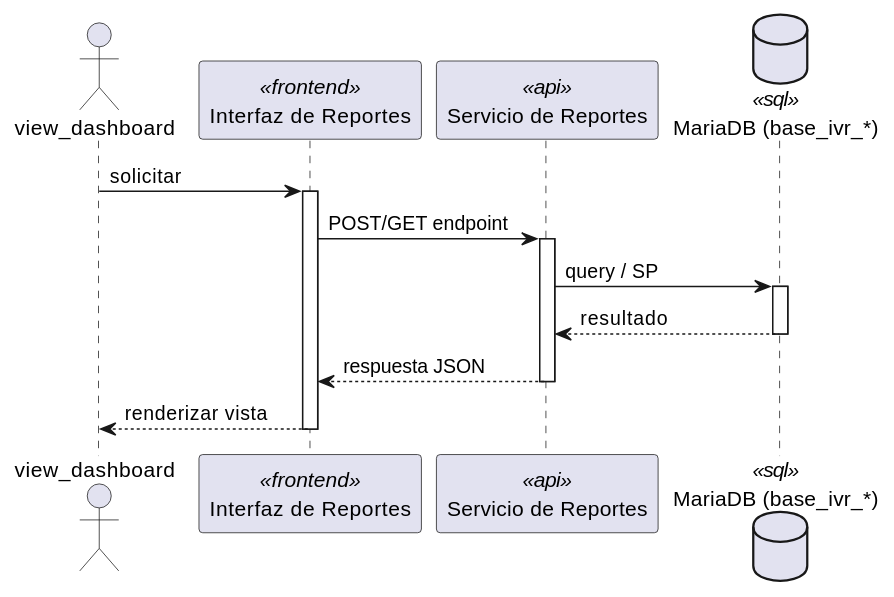
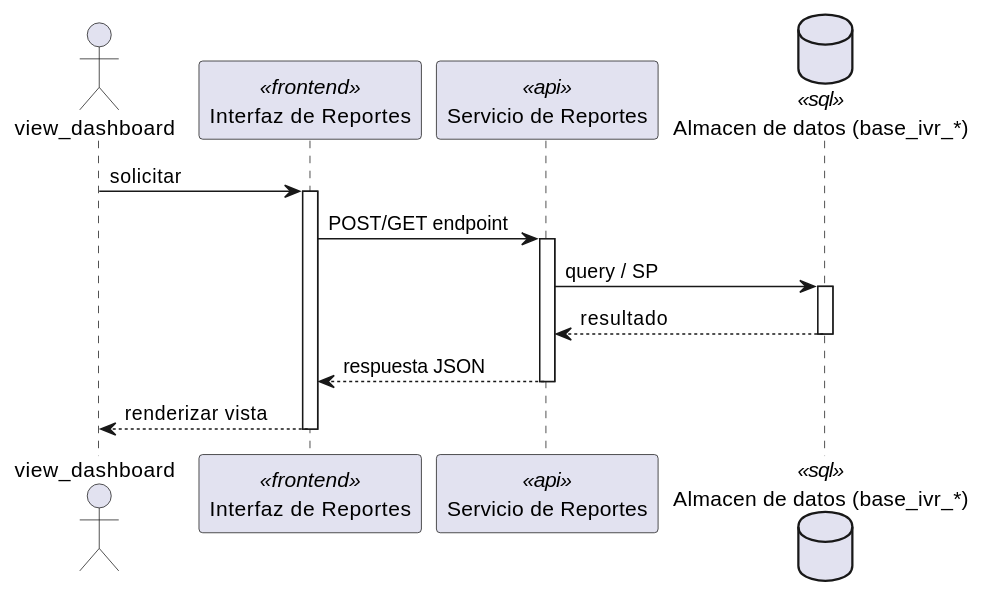
The diagram in source/arquitectura-tecnica/DesignView/ver-dashboard-secuencia.rst (jcg-admin/IACT-docs), drawn with PlantUML before and after one commit. The commit also changed 160 other files, not shown here.

```diff
--- a/source/arquitectura-tecnica/DesignView/ver-dashboard-secuencia.rst
+++ b/source/arquitectura-tecnica/DesignView/ver-dashboard-secuencia.rst
@@ -25,28 +25,28 @@
 .. uml::
  :caption: UC_RPT_01 — Design View (secuencia)
 
  @startuml
 
  actor "view_dashboard" as view_dashboard
  participant "Interfaz de Reportes" as Iface <<frontend>>
  participant "Servicio de Reportes" as SvcNode <<api>>
- database "MariaDB (base_ivr_*)" as Store <<sql>>
+ database "Almacen de datos (base_ivr_*)" as Store <<sql>>
 
  view_dashboard -> Iface : solicitar
  activate Iface
 
  Iface -> SvcNode : POST/GET endpoint
  activate SvcNode
 
  SvcNode -> Store : query / SP
  activate Store
  Store --> SvcNode : resultado
  deactivate Store
 
  SvcNode --> Iface : respuesta JSON
  deactivate SvcNode
 
  Iface --> view_dashboard : renderizar vista
  deactivate Iface
 
  @enduml
```
